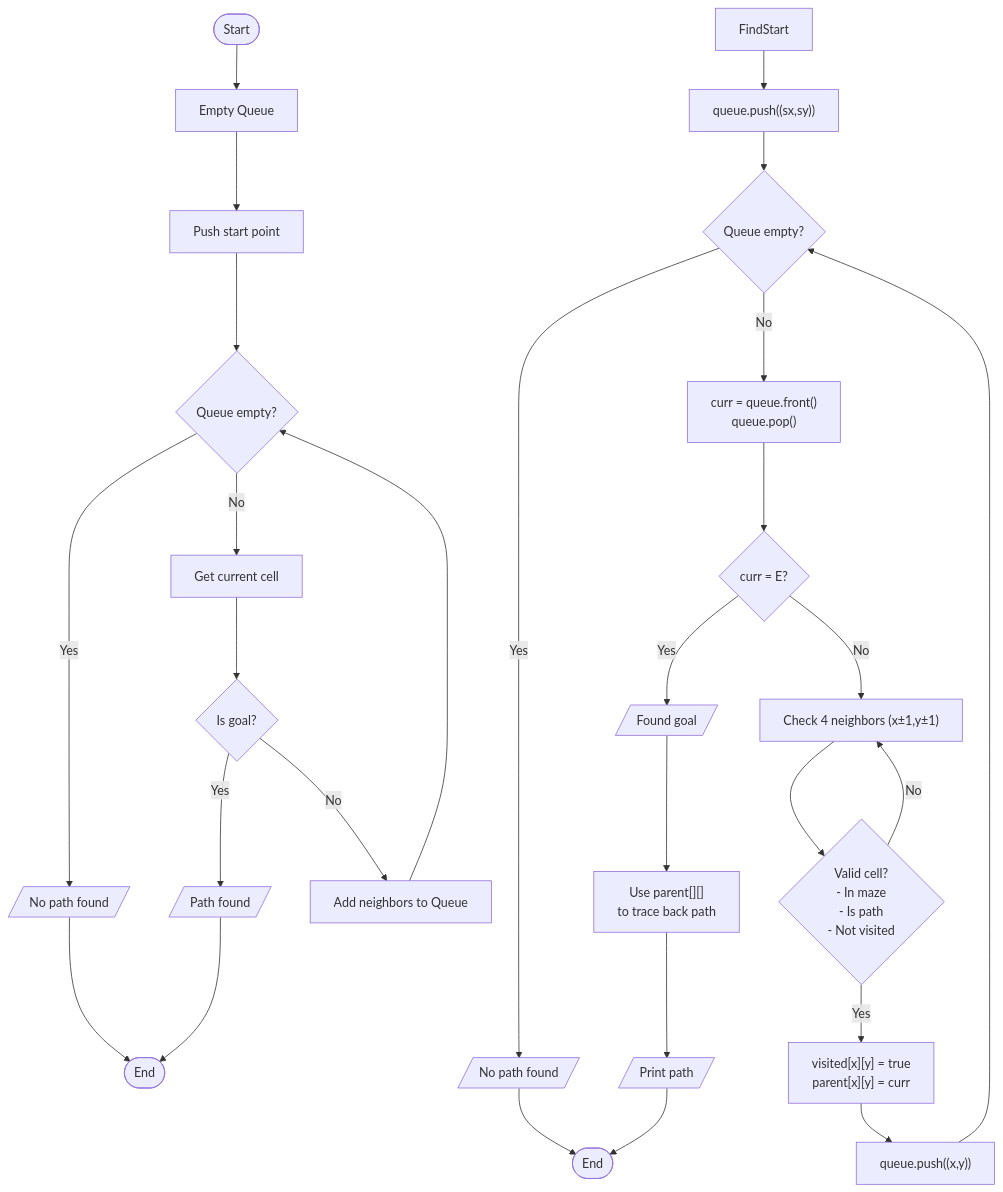
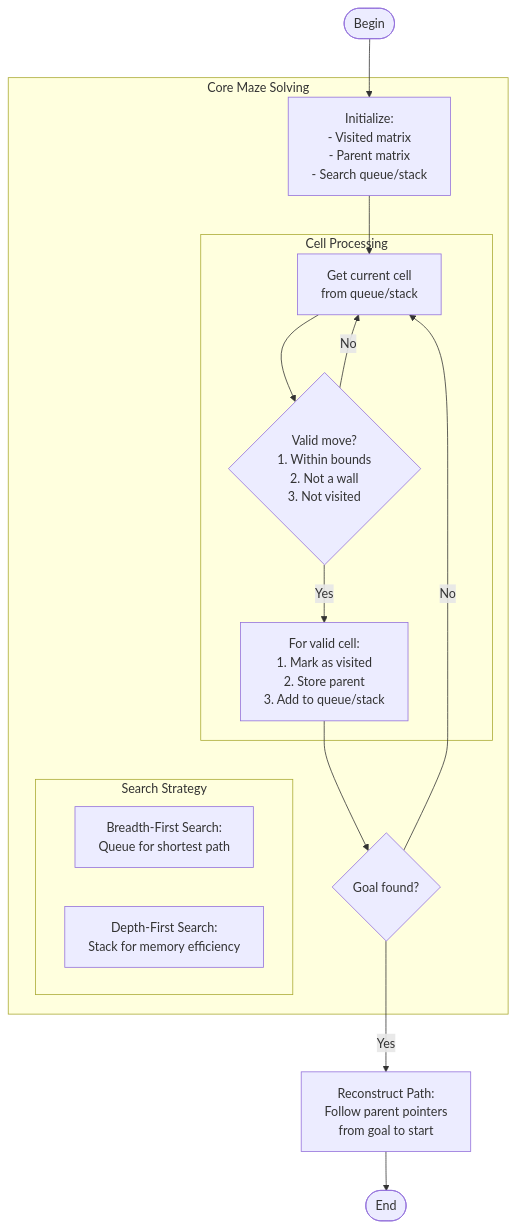
One commit to toanthanh1/c_code changed the diagram in maze_solver.md. Above: the diagram before and after it, drawn with Mermaid. The commit also changed other lines of this file and 16 other files, not shown here.

````diff
--- a/maze_solver.md
+++ b/maze_solver.md
@@ -44,47 +26,48 @@
 ```mermaid
 flowchart TD
-    A([Start]) --> B[Empty Queue]
-    B --> C[Push start point]
-    C --> D{Queue empty?}
-    D -->|Yes| E[/No path found/]
-    D -->|No| F[Get current cell]
-    F --> G{Is goal?}
-    G -->|Yes| H[/Path found/]
-    G -->|No| I[Add neighbors to Queue]
-    I --> D
-    H --> J([End])
-    E --> J
+    Begin([Begin]) --> Init
+
+    subgraph "Core Maze Solving"
+        Init["Initialize:
+        - Visited matrix
+        - Parent matrix
+        - Search queue/stack"]
+        
+        subgraph "Search Strategy"
+            direction LR
+            BFS["Breadth-First Search:
+            Queue for shortest path"]
+            DFS["Depth-First Search:
+            Stack for memory efficiency"]
+        end
+        
+        subgraph "Cell Processing"
+            Current["Get current cell
+            from queue/stack"]
+            
+            Valid{"Valid move?
+            1. Within bounds
+            2. Not a wall
+            3. Not visited"}
+            
+            Process["For valid cell:
+            1. Mark as visited
+            2. Store parent
+            3. Add to queue/stack"]
+        end
+        
+        Check{"Goal found?"}
+    end
+
+    Init --> Current
+    Current --> Valid
+    Valid -->|Yes| Process
+    Valid -->|No| Current
+    Process --> Check
+    Check -->|No| Current
+    Check -->|Yes| Path["Reconstruct Path:
+    Follow parent pointers
+    from goal to start"]
     
-    FindStart --> EnqStart["queue.push((sx,sy))"]
-    
-    EnqStart --> BFSLoop{Queue empty?}
-    BFSLoop -->|Yes| NoPath[/No path found/]
-    
-    BFSLoop -->|No| Process["curr = queue.front()
-    queue.pop()"]
-    
-    Process --> IsGoal{"curr = E?"}
-    IsGoal -->|Yes| Found[/Found goal/]
-    
-    IsGoal -->|No| Neighbors["Check 4 neighbors (x±1,y±1)"]
-    
-    Neighbors --> ValidCell{"Valid cell?
-    - In maze
-    - Is path
-    - Not visited"}
-    
-    ValidCell -->|Yes| MarkVisit["visited[x][y] = true
-    parent[x][y] = curr"]
-    
-    MarkVisit --> EnqCell["queue.push((x,y))"]
-    EnqCell --> BFSLoop
-    
-    ValidCell -->|No| Neighbors
-    
-    Found --> BuildPath["Use parent[][]
-    to trace back path"]
-    
-    BuildPath --> ShowPath[/Print path/]
-    ShowPath --> End([End])
-    NoPath --> End
+    Path --> End([End])
 ```
````
